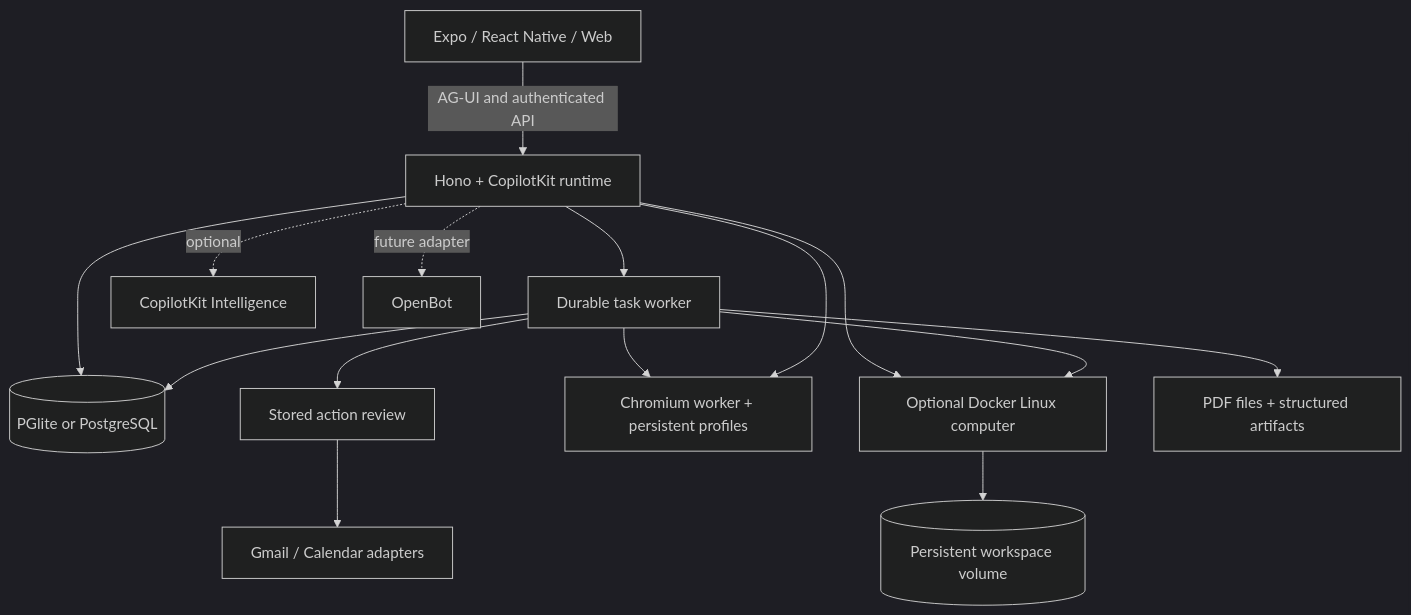
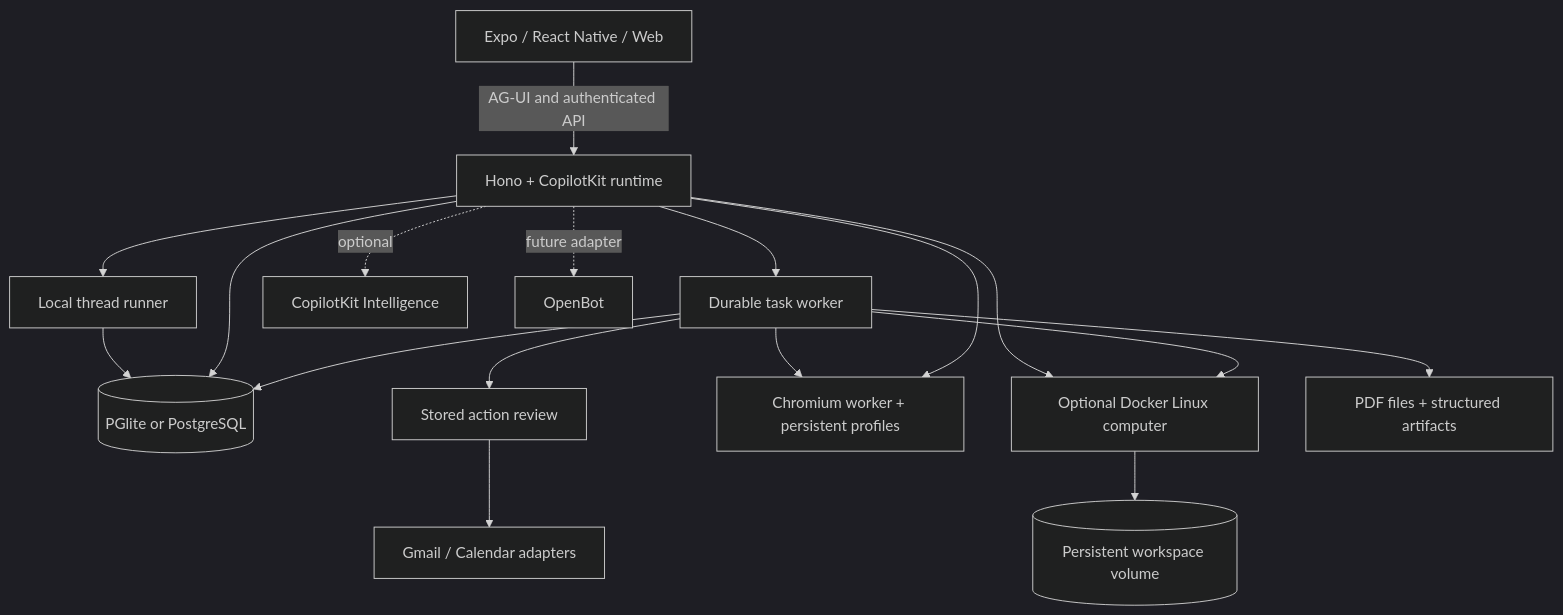
The diagram in README.md (capt-marbles/openmuse), drawn with Mermaid (dark theme) before and after one commit. The commit also changed other lines of this file and 10 other files, not shown here.

First line of the commit message:
feat: durable local threads without CopilotKit Intelligence

````diff
--- a/README.md
+++ b/README.md
@@ -143,17 +143,19 @@
 ```mermaid
 flowchart TD
   Client[Expo / React Native / Web] -->|AG-UI and authenticated API| API[Hono + CopilotKit runtime]
   API --> Tasks[Durable task worker]
-  API -. optional .-> Threads[CopilotKit Intelligence]
+  API --> Threads[Local thread runner]
+  Threads --> Store
+  API -. optional .-> Intelligence[CopilotKit Intelligence]
   API --> Store[(PGlite or PostgreSQL)]
   Tasks --> Store
   Tasks --> Review[Stored action review]
   Review --> Google[Gmail / Calendar adapters]
   Tasks --> Browser[Chromium worker + persistent profiles]
   API --> Browser
   API --> Computer[Optional Docker Linux computer]
   Tasks --> Computer
   Computer --> Volume[(Persistent workspace volume)]
   Tasks --> Files[PDF files + structured artifacts]
   API -. future adapter .-> OpenBot[OpenBot]
 ```
````
